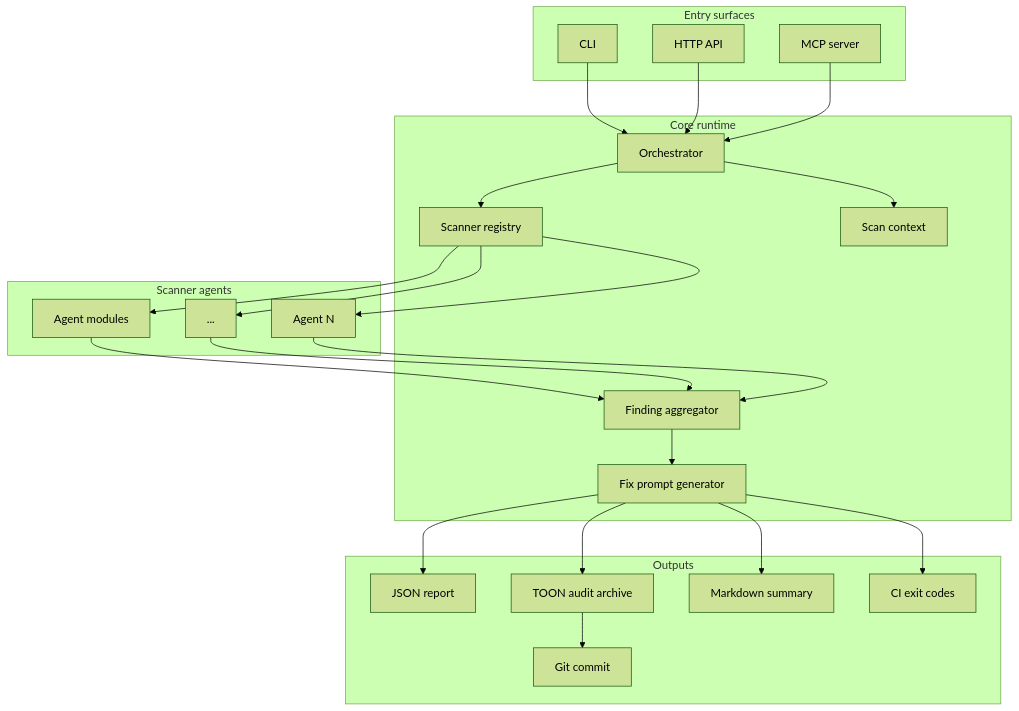
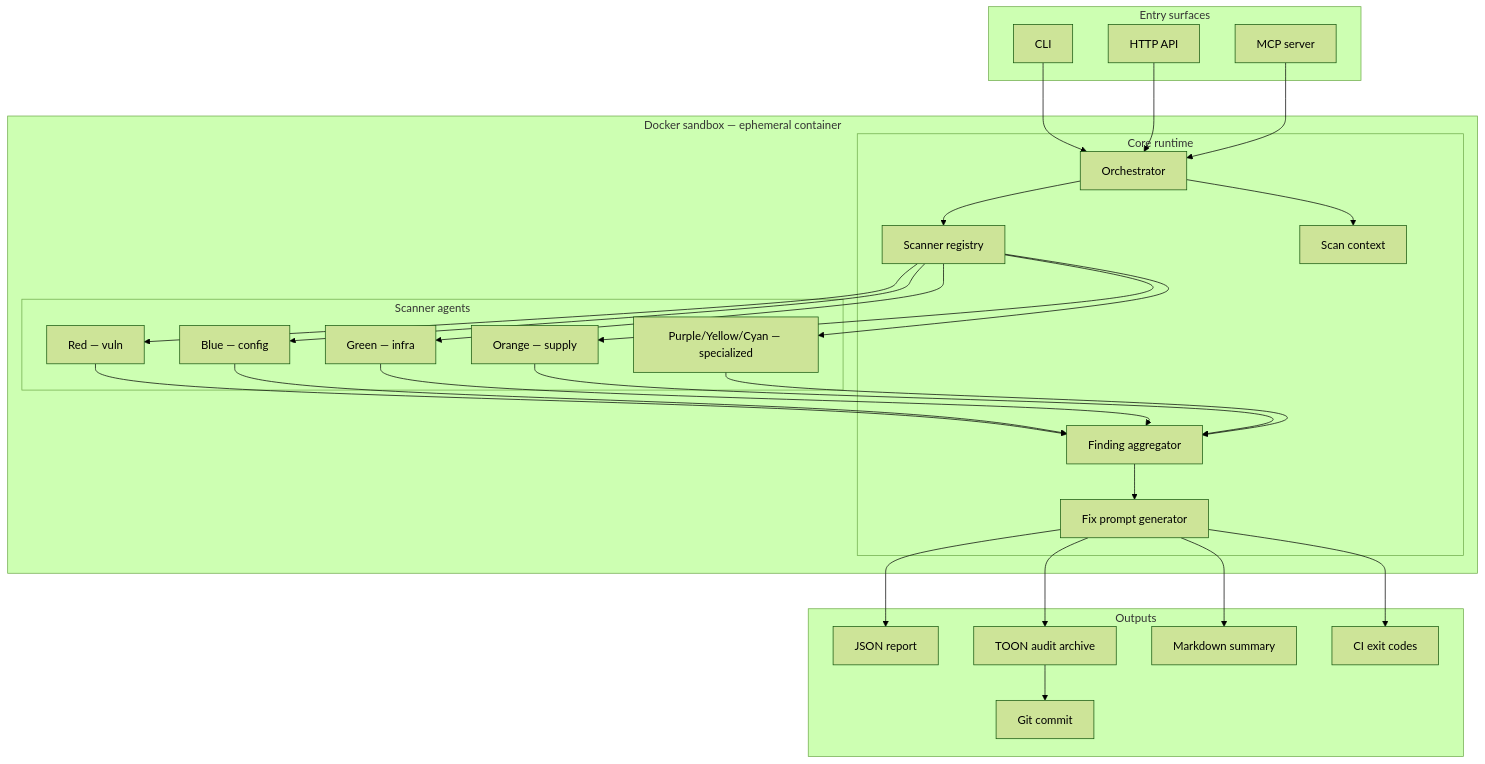
Before and after one commit to Among-Check/Among-Check-Core: the diagram in docs/architecture.md, drawn with Mermaid (forest theme). The commit also changed other lines of this file and 4179 other files, not shown here.

````diff
--- a/docs/architecture.md
+++ b/docs/architecture.md
@@ -15,48 +41,48 @@
 ```mermaid
 flowchart TB
   subgraph surfaces [Entry surfaces]
     CLI[CLI]
     API[HTTP API]
     MCP[MCP server]
   end
 
-  subgraph runtime [Core runtime]
-    ORCH[Orchestrator]
-    REG[Scanner registry]
-    CTX[Scan context]
-    AGG[Finding aggregator]
-    PROMPT[Fix prompt generator]
-  end
+  subgraph sandbox [Docker sandbox — ephemeral container]
+    subgraph runtime [Core runtime]
+      ORCH[Orchestrator]
+      REG[Scanner registry]
+      CTX[Scan context]
+      AGG[Finding aggregator]
+      PROMPT[Fix prompt generator]
+    end
 
-  subgraph agents [Scanner agents]
-    S1[Agent modules]
-    S2[...]
-    Sn[Agent N]
+    subgraph agents [Scanner agents]
+      S1[Red — vuln]
+      S2[Blue — config]
+      S3[Green — infra]
+      S4[Orange — supply]
+      S5[Purple/Yellow/Cyan — specialized]
+    end
   end
 
   subgraph outputs [Outputs]
     JSON[JSON report]
     TOON[TOON audit archive]
     GIT[Git commit]
     MD[Markdown summary]
     CI[CI exit codes]
   end
 
   CLI --> ORCH
   API --> ORCH
   MCP --> ORCH
   ORCH --> REG
   ORCH --> CTX
-  REG --> S1
-  REG --> S2
-  REG --> Sn
-  S1 --> AGG
-  S2 --> AGG
-  Sn --> AGG
+  REG --> S1 & S2 & S3 & S4 & S5
+  S1 & S2 & S3 & S4 & S5 --> AGG
   AGG --> PROMPT
   PROMPT --> JSON
   PROMPT --> TOON
   TOON --> GIT
   PROMPT --> MD
   PROMPT --> CI
 ```
````
